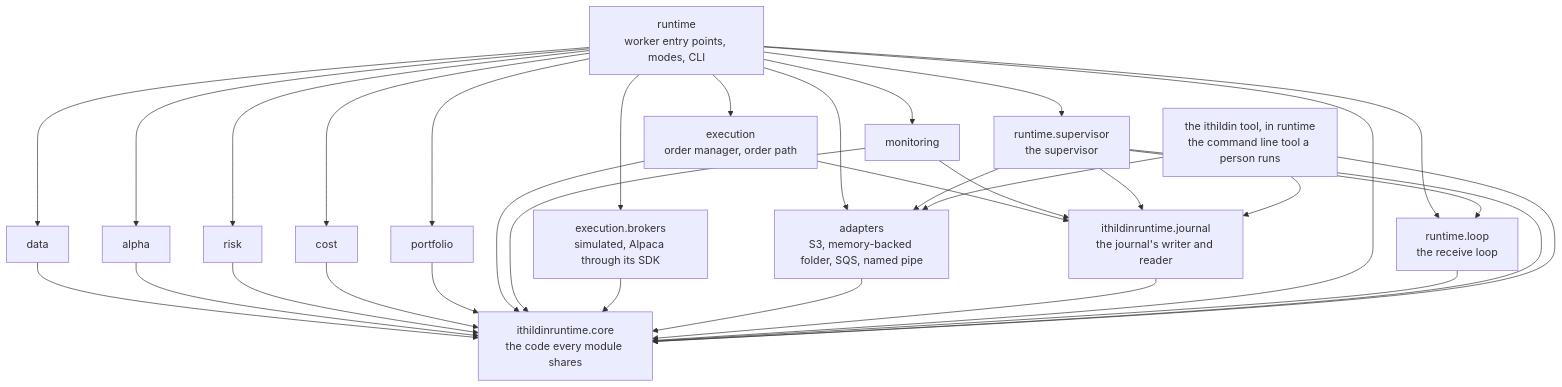
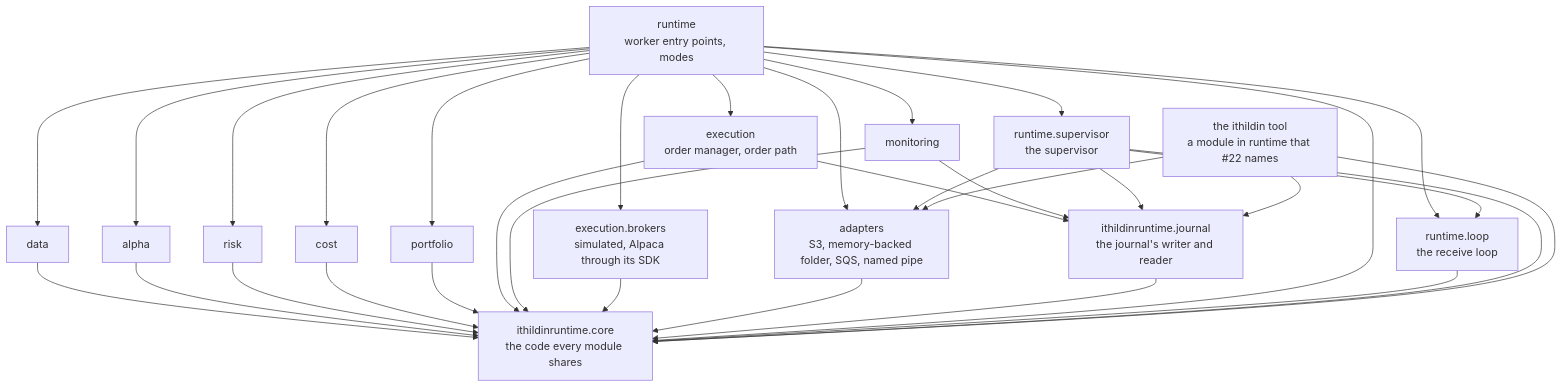
One commit to l3a0/ithildin-runtime changed the seventh of 7 diagrams in docs/architecture/05-building-blocks.md. Above: the diagram before and after it, drawn with Mermaid. The commit also changed other lines of this file and 5 other files, not shown here.

````diff
--- a/docs/architecture/05-building-blocks.md
+++ b/docs/architecture/05-building-blocks.md
@@ -948,51 +948,51 @@
 ```mermaid
 flowchart TB
     core["ithildinruntime.core<br/>the code every module shares"]
     journal["ithildinruntime.journal<br/>the journal's writer and reader"]
     adapters["adapters<br/>S3, memory-backed folder, SQS, named pipe"]
     data["data"]
     alpha["alpha"]
     risk["risk"]
     cost["cost"]
     portfolio["portfolio"]
     execution["execution<br/>order manager, order path"]
     brokers["execution.brokers<br/>simulated, Alpaca through its SDK"]
     monitoring["monitoring"]
-    runtime["runtime<br/>worker entry points, modes, CLI"]
+    runtime["runtime<br/>worker entry points, modes"]
     loop["runtime.loop<br/>the receive loop"]
     supervisor["runtime.supervisor<br/>the supervisor"]
-    tool["the ithildin tool, in runtime<br/>the command line tool a person runs"]
+    tool["the ithildin tool<br/>a module in runtime that #22 names"]
 
     data --> core
     alpha --> core
     risk --> core
     cost --> core
     portfolio --> core
     execution --> core
     monitoring --> core
     brokers --> core
     adapters --> core
     journal --> core
     execution --> journal
     monitoring --> journal
     runtime --> core
     runtime --> adapters
     runtime --> data
     runtime --> alpha
     runtime --> risk
     runtime --> cost
     runtime --> portfolio
     runtime --> execution
     runtime --> brokers
     runtime --> monitoring
     runtime --> loop
     runtime --> supervisor
     loop --> core
     supervisor --> core
     supervisor --> journal
     supervisor --> adapters
     supervisor --> loop
     tool --> core
     tool --> adapters
     tool --> journal
 ```
````
